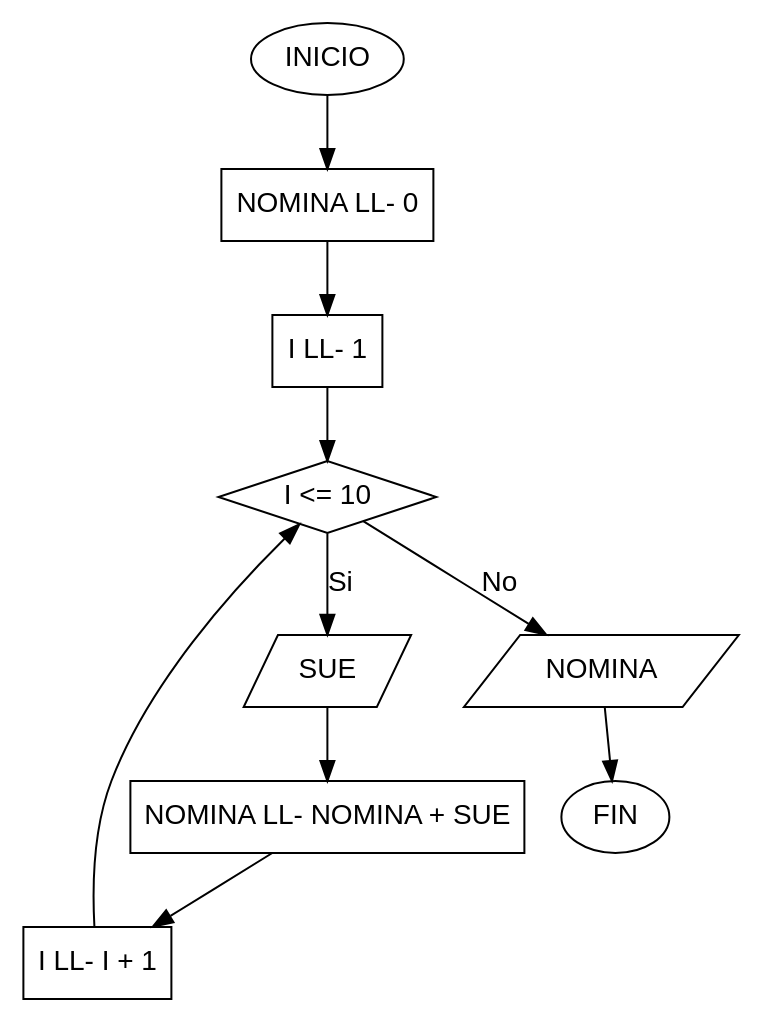
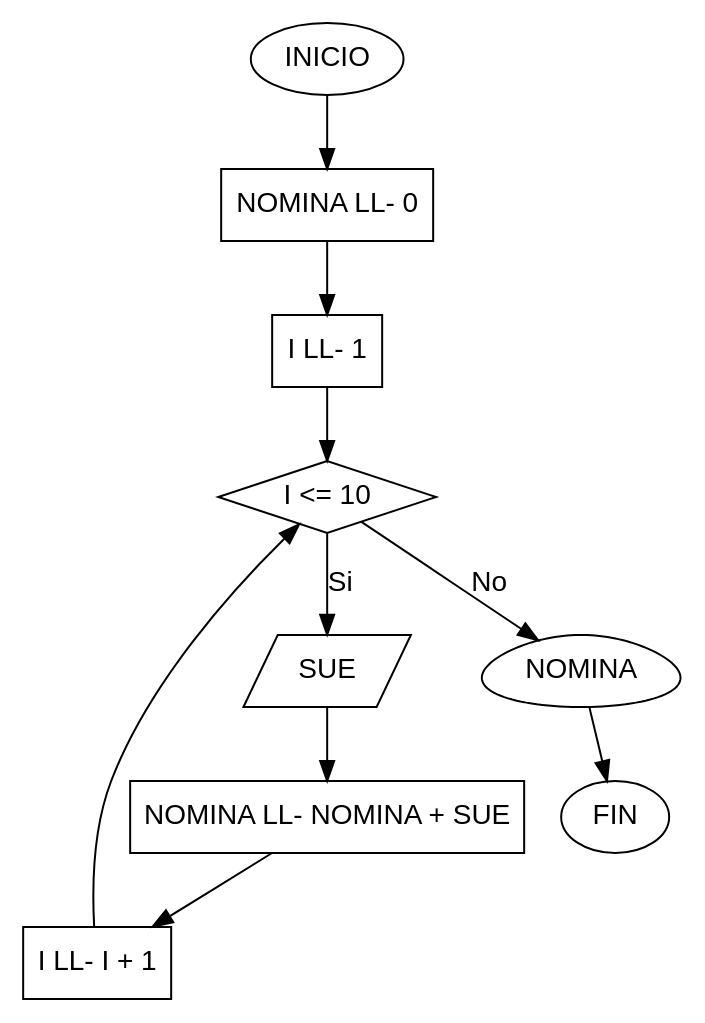
The diagram in Diagramas/ejemplo_3_2.dot (RosarioReyesMtz/java-tutor-tics), drawn with Graphviz before and after one commit. The commit also changed 46 other files, not shown here.

```diff
--- a/Diagramas/ejemplo_3_2.dot
+++ b/Diagramas/ejemplo_3_2.dot
@@ -1,29 +1,32 @@
 digraph Diagrama_3_3 {
     graph [fontname="Arial"];
     node [fontname="Arial", shape=ellipse, style=solid];
     edge [fontname="Arial"];
 
     inicio [label="INICIO"];
     fin [label="FIN"];
     
     node [shape=rect, style=solid];
     init_nom [label="NOMINA \L\L- 0"];
     init_i [label="I \L\L- 1"];
     proceso_nom [label="NOMINA \L\L- NOMINA + SUE"];
     increment_i [label="I \L\L- I + 1"];
     
     node [shape=parallelogram, style=solid];
     lectura [label="SUE"];
     
-    node [shape=parallelogram, style="solid,waves", waves=bottom];
+    node [shape=egg, style="solid,waves", waves=bottom];
     escritura [label="NOMINA"];
     
     node [shape=diamond, style=solid];
     cond [label="I <= 10"];
     
     inicio -> init_nom -> init_i -> cond;
-    cond -> lectura [label="Si"];
+    cond -> lectura [label="Si"]; 
     lectura -> proceso_nom -> increment_i -> cond;
     cond -> escritura [label="No"];
     escritura -> fin;
 }
+
+
+/* imprimir en pantalla shape=egg */
```
